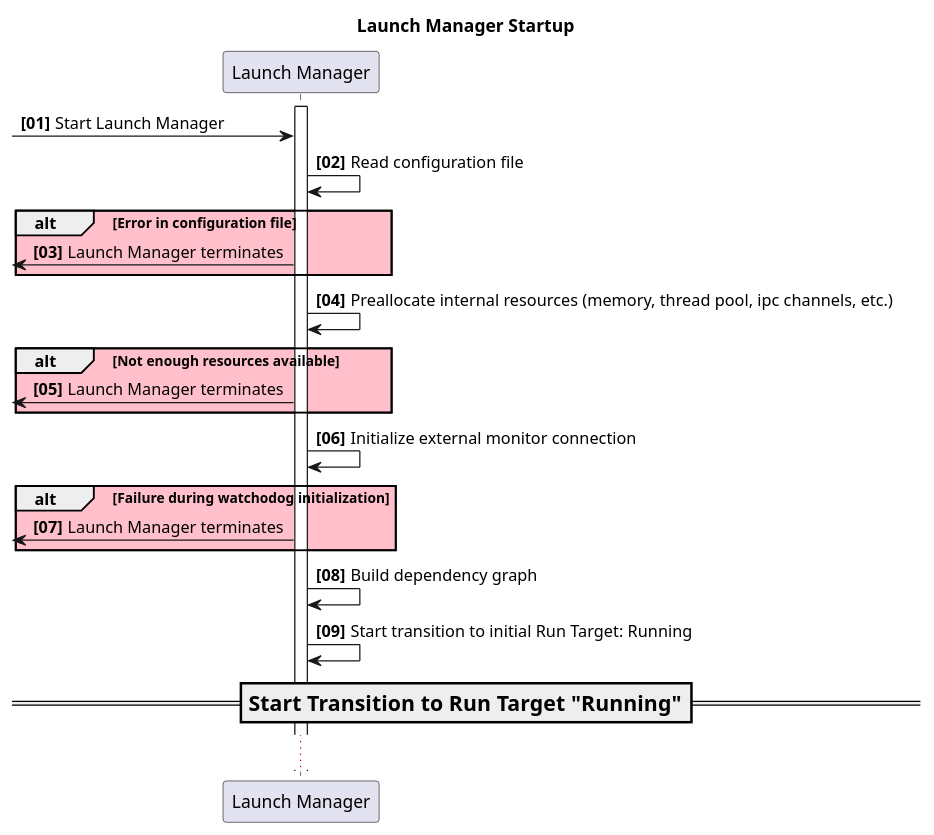
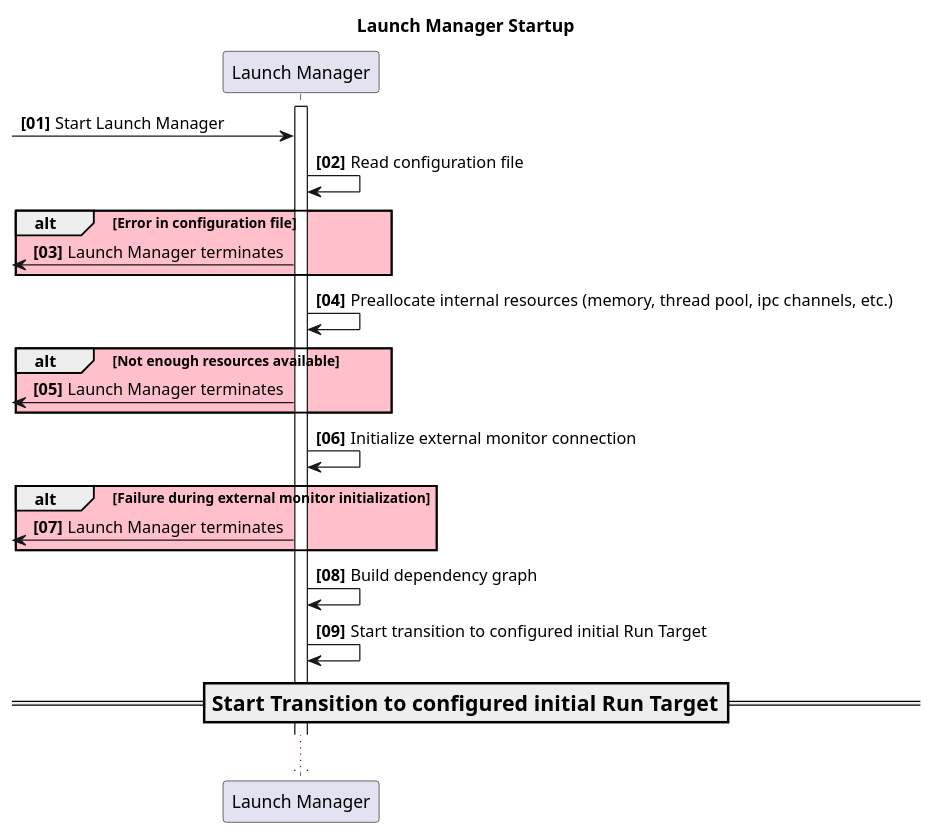
One commit to eclipse-score/lifecycle changed the diagram in docs/features/lifecycle/architecture/_assets/launch_manager_startup.puml. Above: the diagram before and after it, drawn with PlantUML. The commit also changed 15 other files, not shown here.

Commit message:
Sequence diagram extensions

```diff
--- a/docs/features/lifecycle/architecture/_assets/launch_manager_startup.puml
+++ b/docs/features/lifecycle/architecture/_assets/launch_manager_startup.puml
@@ -14,36 +14,36 @@
 @startuml
 title Launch Manager Startup
 autonumber "<b>[00]"
 
 participant "Launch Manager" as LM
 activate LM
 
 
 [-> LM: Start Launch Manager
 
 LM -> LM: Read configuration file
 
 alt #pink Error in configuration file
     LM ->[ : Launch Manager terminates
 end alt
 LM -> LM: Preallocate internal resources (memory, thread pool, ipc channels, etc.)
 
 alt #pink Not enough resources available
     LM ->[ : Launch Manager terminates
 end alt
 
 LM -> LM: Initialize external monitor connection
 
-alt #pink Failure during watchodog initialization
+alt #pink Failure during external monitor initialization
     LM ->[ : Launch Manager terminates
 end alt
 
 LM -> LM: Build dependency graph
-LM -> LM: Start transition to initial Run Target: Running
+LM -> LM: Start transition to configured initial Run Target
 
-=== Start Transition to Run Target "Running" ==
+=== Start Transition to configured initial Run Target ==
 
 ...
 
 
 @enduml
```
